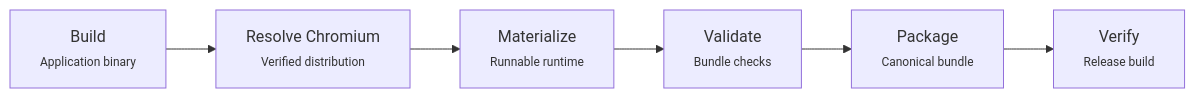
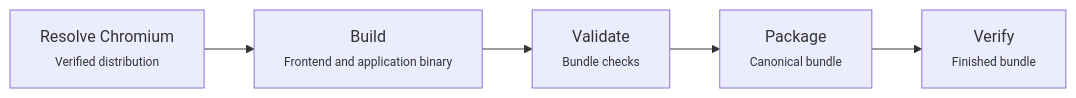
Before and after one commit to 0x48piraj/kurogane: the first of 4 diagrams in docs/bundling.md, drawn with Mermaid. The commit also changed other lines of this file and 13 other files, not shown here.

````diff
--- a/docs/bundling.md
+++ b/docs/bundling.md
@@ -9,11 +9,10 @@
 ```mermaid
 flowchart LR
-    A["Build<br/><span style='font-size:12px'>Application binary</span>"]
-    B["Resolve Chromium<br/><span style='font-size:12px'>Verified distribution</span>"]
-    C["Materialize<br/><span style='font-size:12px'>Runnable runtime</span>"]
-    D["Validate<br/><span style='font-size:12px'>Bundle checks</span>"]
-    E["Package<br/><span style='font-size:12px'>Canonical bundle</span>"]
-    F["Verify<br/><span style='font-size:12px'>Release build</span>"]
+    A["Resolve Chromium<br/><span style='font-size:12px'>Verified distribution</span>"]
+    B["Build<br/><span style='font-size:12px'>Frontend and application binary</span>"]
+    C["Validate<br/><span style='font-size:12px'>Bundle checks</span>"]
+    D["Package<br/><span style='font-size:12px'>Canonical bundle</span>"]
+    E["Verify<br/><span style='font-size:12px'>Finished bundle</span>"]
 
-    A --> B --> C --> D --> E --> F
+    A --> B --> C --> D --> E
 ```
````
